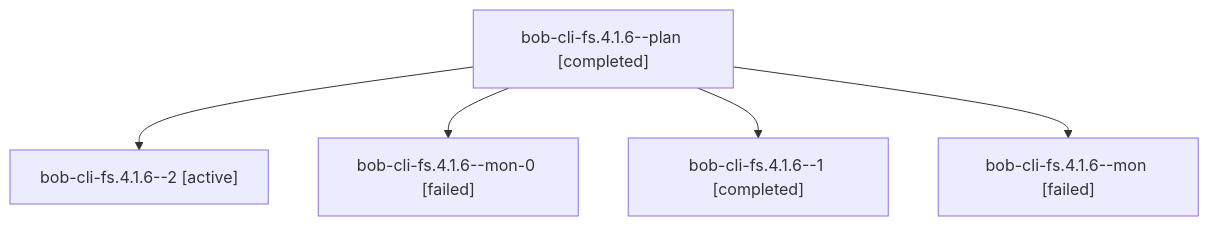
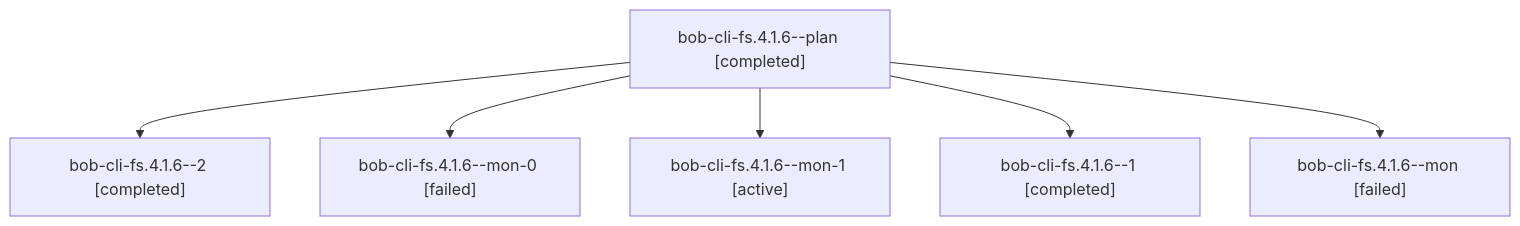
The diagram in sessions/bbugyi200.athena.bob-cli-fs.4.1.6.md (bobs-org/bob-cli--agents), drawn with Mermaid before and after one commit. The commit also changed other lines of this file and 78 other files, not shown here.

````diff
--- a/sessions/bbugyi200.athena.bob-cli-fs.4.1.6.md
+++ b/sessions/bbugyi200.athena.bob-cli-fs.4.1.6.md
@@ -9,12 +9,14 @@
 ```mermaid
 flowchart TD
   n0["bob-cli-fs.4.1.6--plan [completed]"]
-  n1["bob-cli-fs.4.1.6--2 [active]"]
+  n1["bob-cli-fs.4.1.6--2 [completed]"]
   n0 --> n1
   n2["bob-cli-fs.4.1.6--mon-0 [failed]"]
   n0 --> n2
-  n3["bob-cli-fs.4.1.6--1 [completed]"]
+  n3["bob-cli-fs.4.1.6--mon-1 [active]"]
   n0 --> n3
-  n4["bob-cli-fs.4.1.6--mon [failed]"]
+  n4["bob-cli-fs.4.1.6--1 [completed]"]
   n0 --> n4
+  n5["bob-cli-fs.4.1.6--mon [failed]"]
+  n0 --> n5
 ```
````
